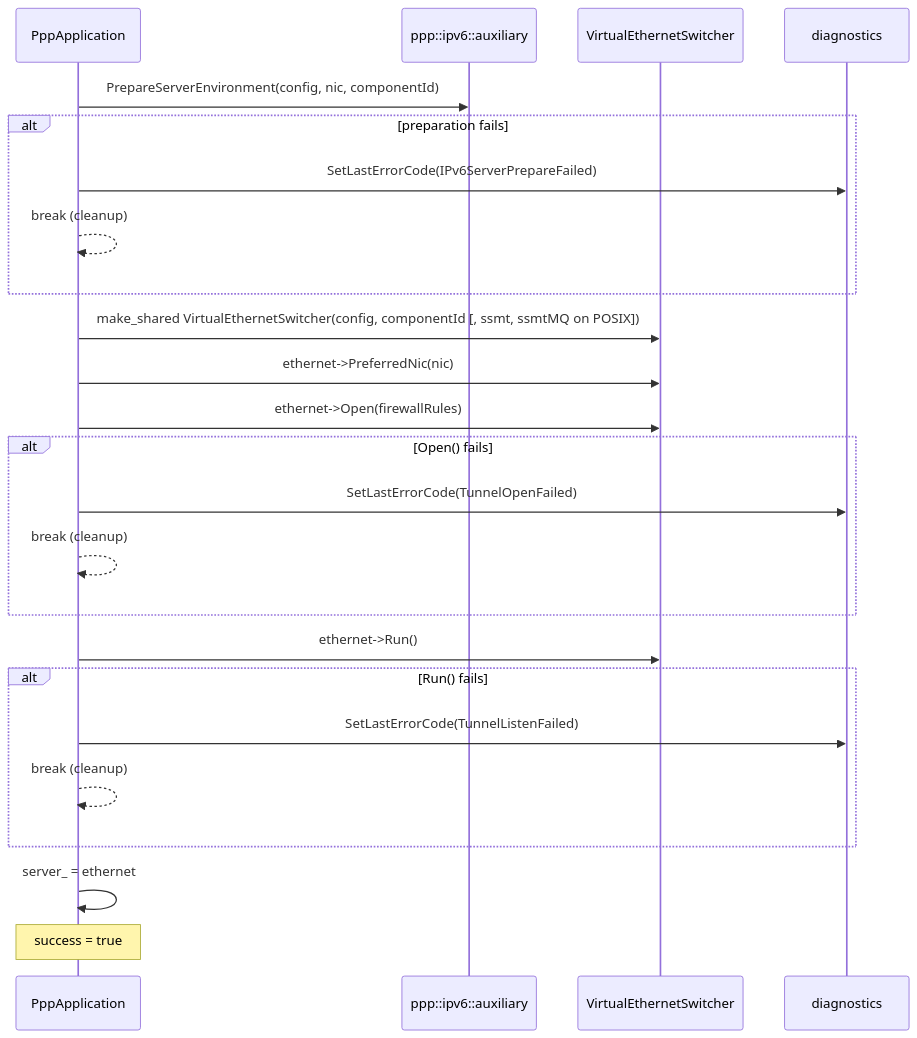
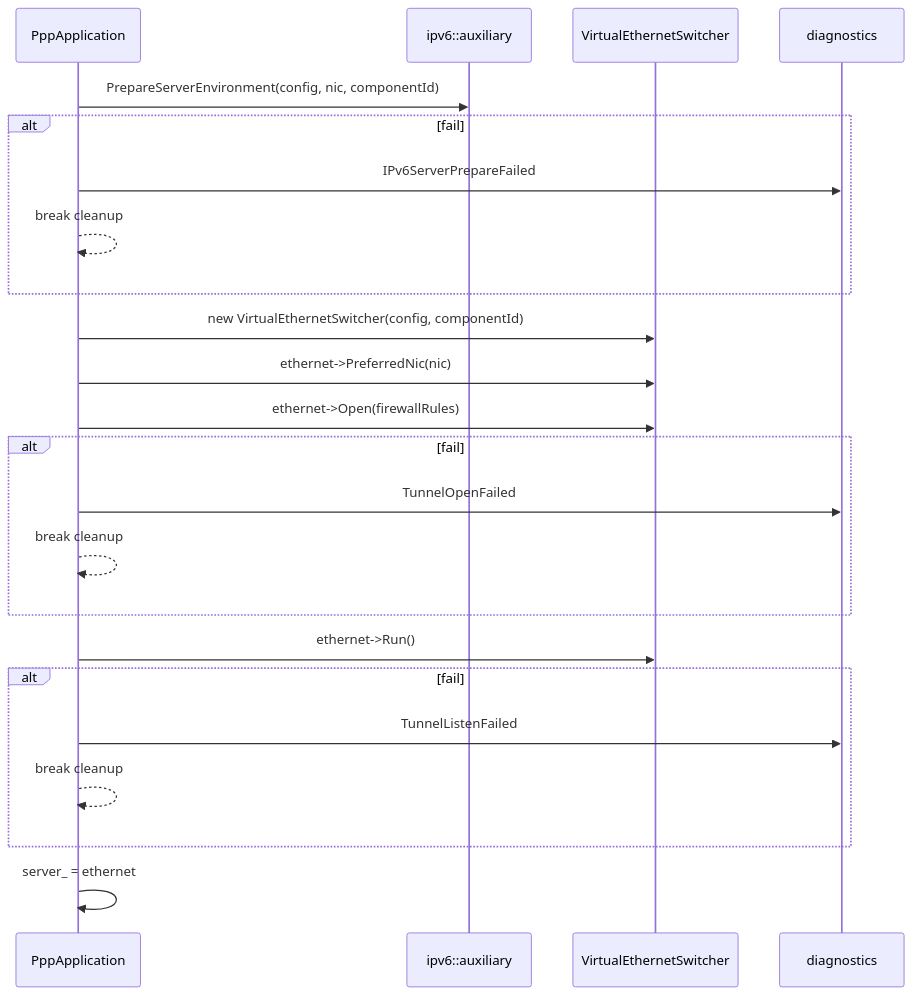
One commit to HyacinthHaru/openppp2 changed the fourth of 10 diagrams in docs/STARTUP_AND_LIFECYCLE.md. Above: the diagram before and after it, drawn with Mermaid. The commit also changed other lines of this file and 93 other files, not shown here.

Commit message:
Add more error code paths and document content overrides.

````diff
--- a/docs/STARTUP_AND_LIFECYCLE.md
+++ b/docs/STARTUP_AND_LIFECYCLE.md
@@ -222,27 +213,26 @@
 ```mermaid
 sequenceDiagram
     participant app as PppApplication
-    participant ipv6 as ppp::ipv6::auxiliary
+    participant ipv6 as ipv6::auxiliary
     participant sw as VirtualEthernetSwitcher
     participant diag as diagnostics
 
     app->>ipv6: PrepareServerEnvironment(config, nic, componentId)
-    alt preparation fails
-        app->>diag: SetLastErrorCode(IPv6ServerPrepareFailed)
-        app-->>app: break (cleanup)
+    alt fail
+        app->>diag: IPv6ServerPrepareFailed
+        app-->>app: break cleanup
     end
-    app->>sw: make_shared VirtualEthernetSwitcher(config, componentId [, ssmt, ssmtMQ on POSIX])
+    app->>sw: new VirtualEthernetSwitcher(config, componentId)
     app->>sw: ethernet->PreferredNic(nic)
     app->>sw: ethernet->Open(firewallRules)
-    alt Open() fails
-        app->>diag: SetLastErrorCode(TunnelOpenFailed)
-        app-->>app: break (cleanup)
+    alt fail
+        app->>diag: TunnelOpenFailed
+        app-->>app: break cleanup
     end
     app->>sw: ethernet->Run()
-    alt Run() fails
-        app->>diag: SetLastErrorCode(TunnelListenFailed)
-        app-->>app: break (cleanup)
+    alt fail
+        app->>diag: TunnelListenFailed
+        app-->>app: break cleanup
     end
     app->>app: server_ = ethernet
-    note over app: success = true
 ```
````
